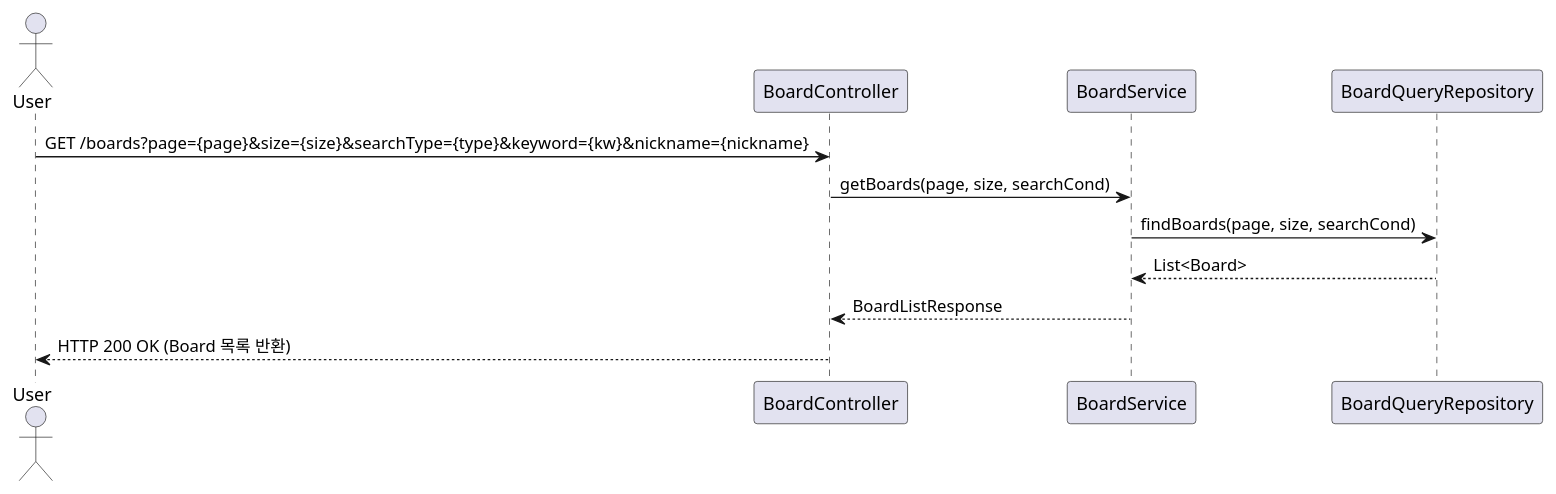
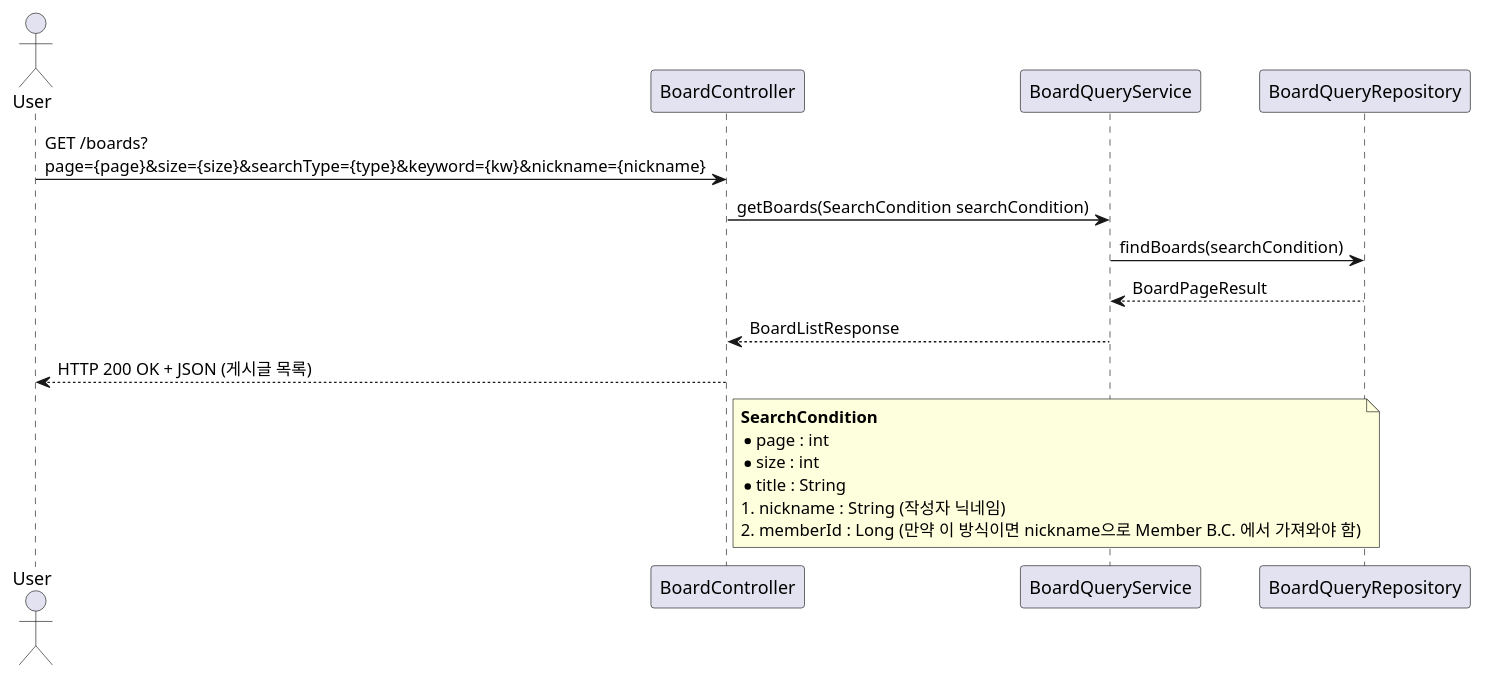
The diagram in document/puml/event/boardContext/boardAggregate/queryBoard.puml (SimpleBoardTeam/simpleBoard-server), drawn with PlantUML before and after one commit.

Commit message:
docs(diagram): 게시글 목록 조회 시나리오 시퀀스 다이어그램 추가

```diff
--- a/document/puml/event/boardContext/boardAggregate/queryBoard.puml
+++ b/document/puml/event/boardContext/boardAggregate/queryBoard.puml
@@ -1,15 +1,24 @@
 @startuml
 actor User
 participant BoardController
-participant BoardService
+participant BoardQueryService
 participant BoardQueryRepository
 
-User -> BoardController : GET /boards?page={page}&size={size}&searchType={type}&keyword={kw}&nickname={nickname}
-BoardController -> BoardService : getBoards(page, size, searchCond)
+User -> BoardController : GET /boards? \npage={page}&size={size}&searchType={type}&keyword={kw}&nickname={nickname}
+BoardController -> BoardQueryService : getBoards(SearchCondition searchCondition)
 
-BoardService -> BoardQueryRepository : findBoards(page, size, searchCond)
-BoardQueryRepository --> BoardService : List<Board>
+BoardQueryService -> BoardQueryRepository : findBoards(searchCondition)
+BoardQueryRepository --> BoardQueryService : BoardPageResult
 
-BoardService --> BoardController : BoardListResponse
-BoardController --> User : HTTP 200 OK (Board 목록 반환)
+BoardQueryService --> BoardController : BoardListResponse
+
+BoardController --> User : HTTP 200 OK + JSON (게시글 목록)
+note right of BoardController
+<b>SearchCondition</b>
+* page : int
+* size : int
+* title : String
+1. nickname : String (작성자 닉네임)
+2. memberId : Long (만약 이 방식이면 nickname으로 Member B.C. 에서 가져와야 함)
+end note
 @enduml
```
